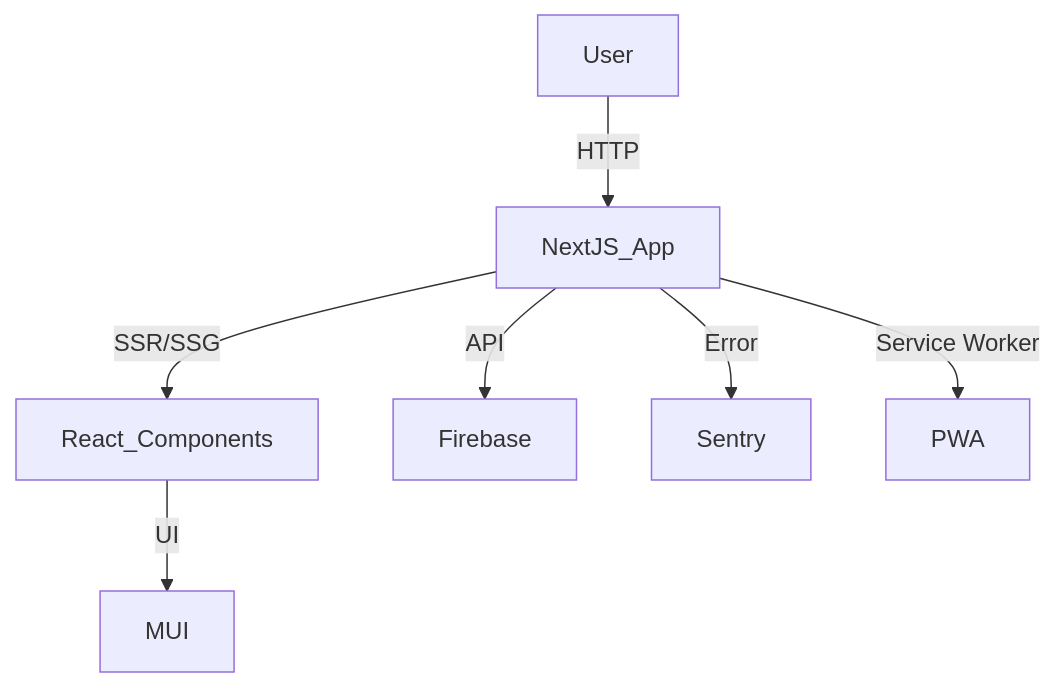
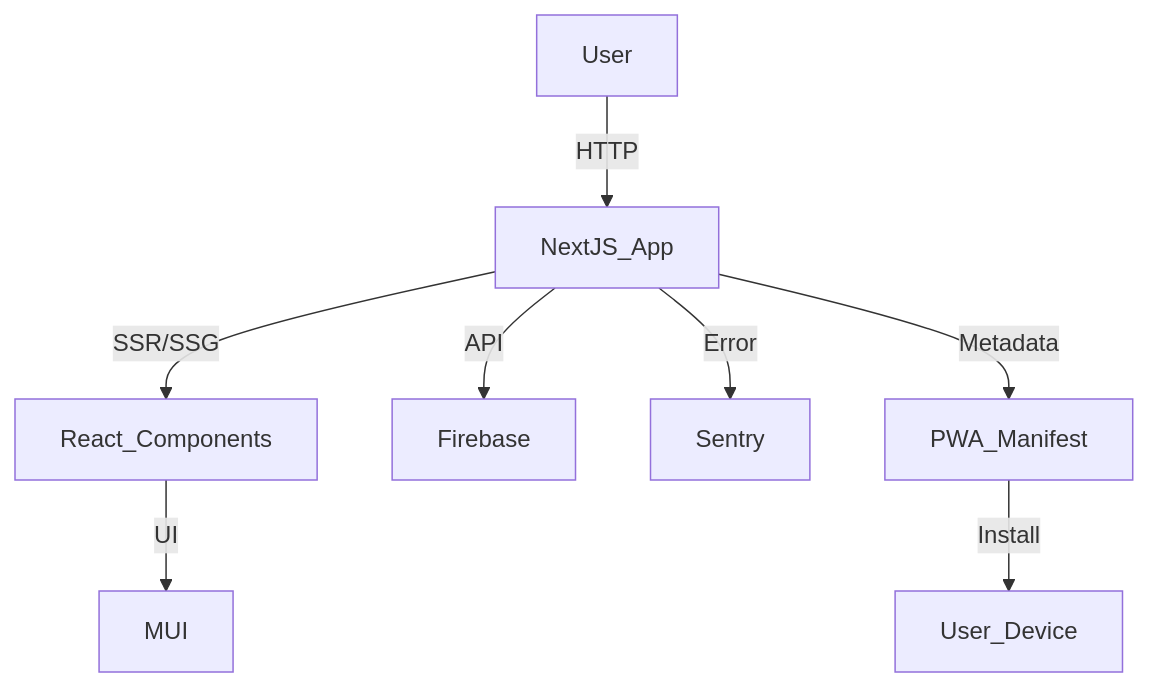
One commit to AlexJSully/AlexJSully-Portfolio changed the diagram in docs/architecture/index.md. Above: the diagram before and after it, drawn with Mermaid. The commit also changed other lines of this file and 9 other files, not shown here.

````diff
--- a/docs/architecture/index.md
+++ b/docs/architecture/index.md
@@ -36,9 +36,10 @@
 ```mermaid
 flowchart TD
     User -->|HTTP| NextJS_App
     NextJS_App -->|SSR/SSG| React_Components
     React_Components -->|UI| MUI
     NextJS_App -->|API| Firebase
     NextJS_App -->|Error| Sentry
-    NextJS_App -->|Service Worker| PWA
+    NextJS_App -->|Metadata| PWA_Manifest
+    PWA_Manifest -->|Install| User_Device
 ```
````
